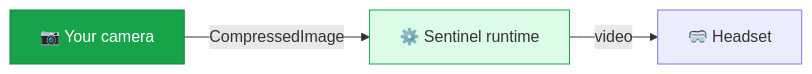
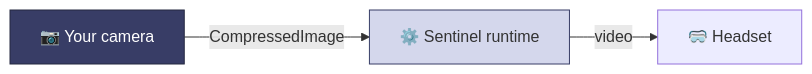
Before and after one commit to avearobotics/docs: the first of 2 diagrams in integration/camera-adapter.mdx, drawn with Mermaid. The commit also changed other lines of this file and 20 other files, not shown here.

````diff
--- a/integration/camera-adapter.mdx
+++ b/integration/camera-adapter.mdx
@@ -12,8 +12,8 @@
 ```mermaid
 flowchart LR
     CAM["📷 Your camera"] -->|"CompressedImage"| RT["⚙️ Sentinel runtime"]
     RT -->|"video"| H["🥽 Headset"]
 
-    style RT fill:#dcfce7,stroke:#16A34A
-    style CAM fill:#16A34A,color:#fff,stroke:#15803D
+    style RT fill:#d4d7ec,stroke:#383d66
+    style CAM fill:#383d66,color:#fff,stroke:#252840
 ```
````
